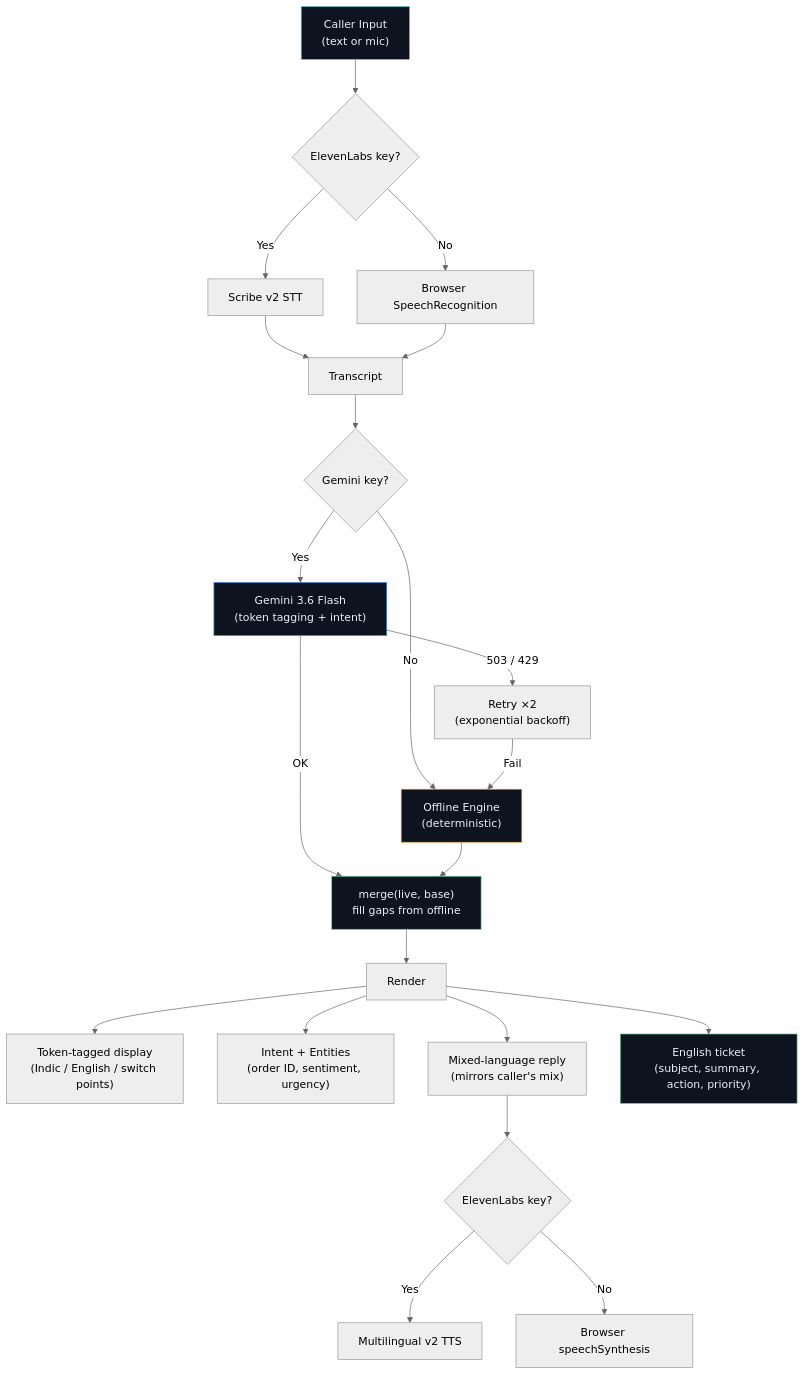
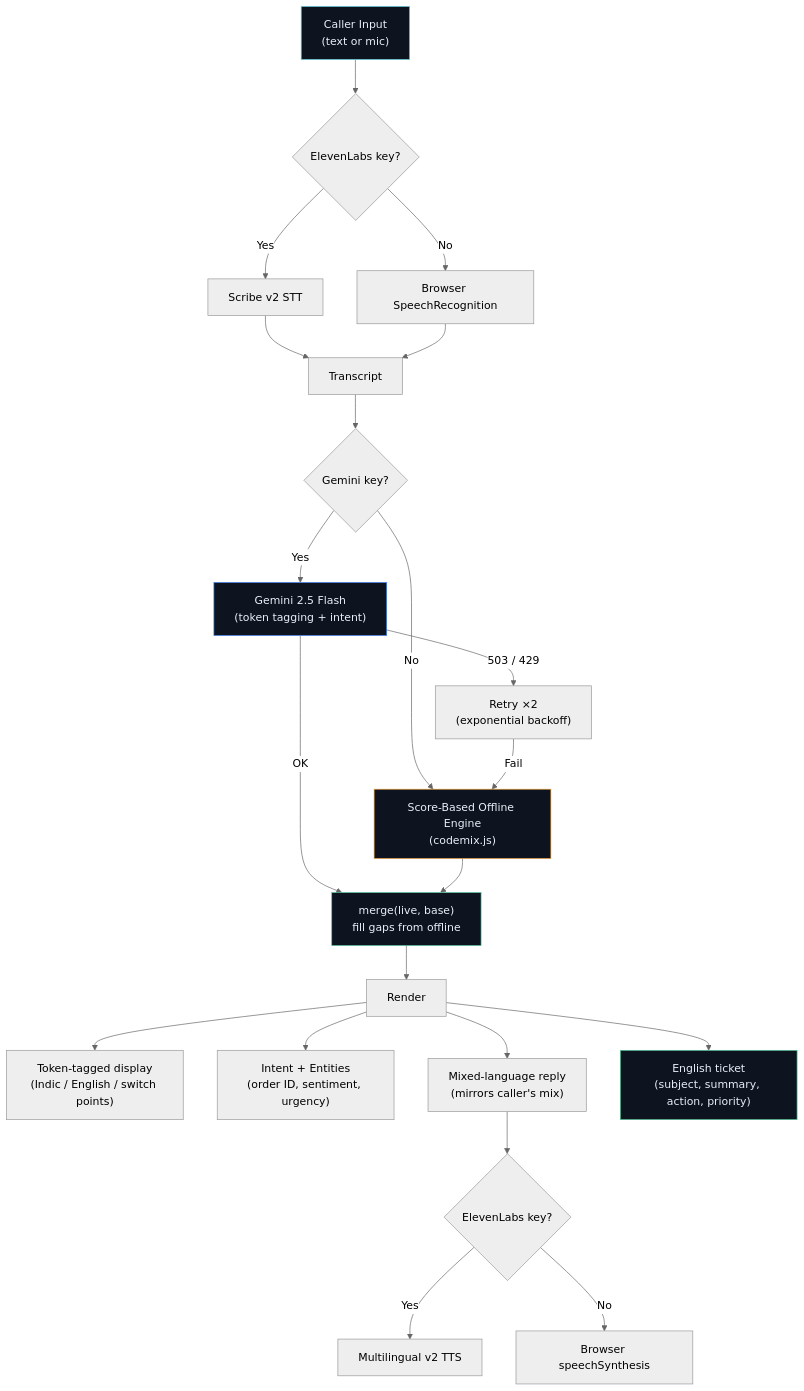
One commit to ramanathanmani/great-agent-hackathon-2026 changed the diagram in README.md. Above: the diagram before and after it, drawn with Mermaid (neutral theme). The commit also changed other lines of this file and 8 other files, not shown here.

Commit message:
feat: add codemix.js module, score-based intent rules, 20-call benchmark suite, demo GIF, and model consistency

````diff
--- a/README.md
+++ b/README.md
@@ -110,29 +116,29 @@
 ```mermaid
 graph TD
     A["Caller Input<br/>(text or mic)"] --> B{"ElevenLabs key?"}
     B -->|Yes| C["Scribe v2 STT"]
     B -->|No| D["Browser SpeechRecognition"]
     C --> E["Transcript"]
     D --> E
     E --> F{"Gemini key?"}
-    F -->|Yes| G["Gemini 3.6 Flash<br/>(token tagging + intent)"]
-    F -->|No| H["Offline Engine<br/>(deterministic)"]
+    F -->|Yes| G["Gemini 2.5 Flash<br/>(token tagging + intent)"]
+    F -->|No| H["Score-Based Offline Engine<br/>(codemix.js)"]
     G -->|"503 / 429"| I["Retry ×2<br/>(exponential backoff)"]
     I -->|Fail| H
     G -->|OK| J["merge(live, base)<br/>fill gaps from offline"]
     H --> J
     J --> K["Render"]
     K --> L["Token-tagged display<br/>(Indic / English / switch points)"]
     K --> M["Intent + Entities<br/>(order ID, sentiment, urgency)"]
     K --> N["Mixed-language reply<br/>(mirrors caller's mix)"]
     K --> O["English ticket<br/>(subject, summary, action, priority)"]
     N --> P{"ElevenLabs key?"}
     P -->|Yes| Q["Multilingual v2 TTS"]
     P -->|No| R["Browser speechSynthesis"]
 
     style A fill:#0D1420,stroke:#5FD0DE,color:#E9EFF7
     style G fill:#0D1420,stroke:#4285F4,color:#E9EFF7
     style H fill:#0D1420,stroke:#F0A340,color:#E9EFF7
     style J fill:#0D1420,stroke:#57C99A,color:#E9EFF7
     style O fill:#0D1420,stroke:#57C99A,color:#E9EFF7
 ```
````
